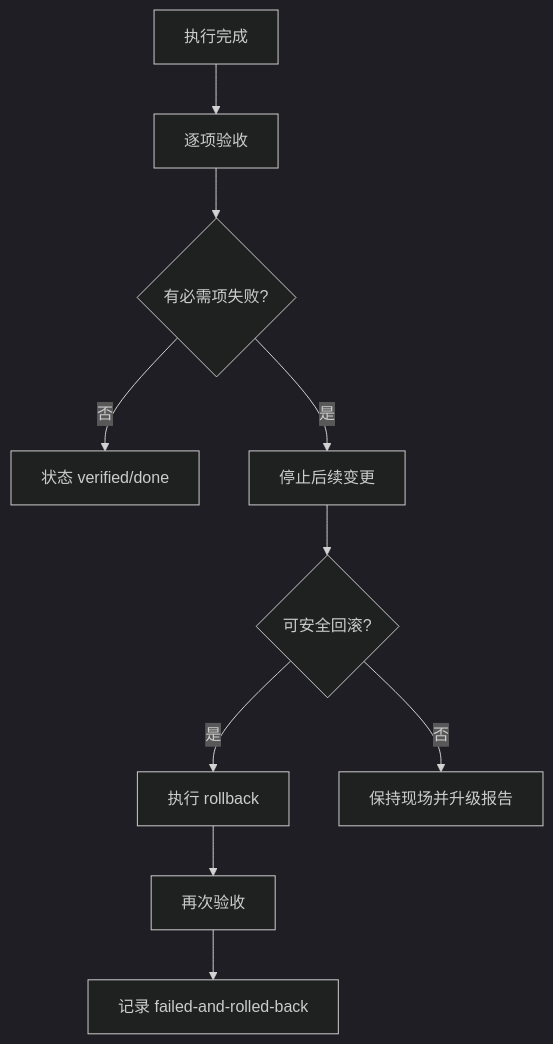
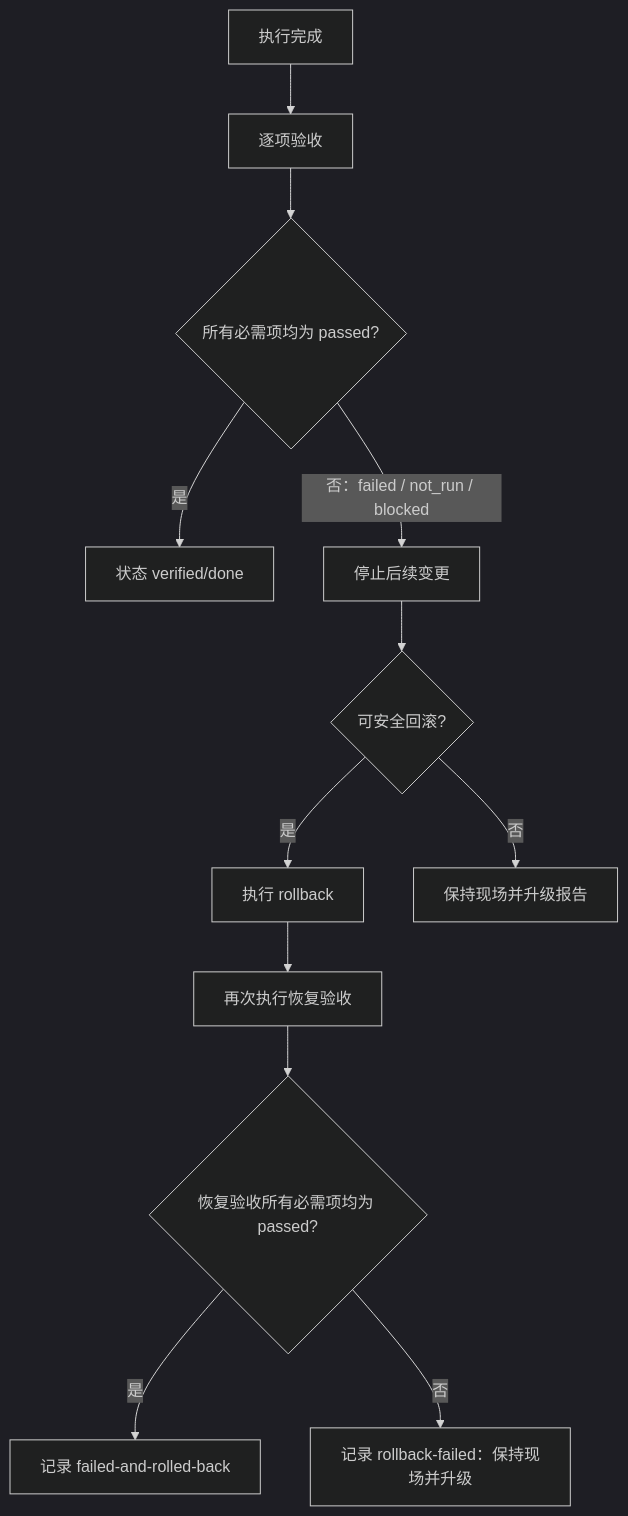
The diagram in references/acceptance.md (OnebugIS/dsh-grill-me-safety), drawn with Mermaid (dark theme) before and after one commit. The commit also changed other lines of this file and 2 other files, not shown here.

Commit message:
docs: align authorization and acceptance flow

````diff
--- a/references/acceptance.md
+++ b/references/acceptance.md
@@ -77,12 +77,14 @@
 ```mermaid
 flowchart TD
     A[执行完成] --> B[逐项验收]
-    B --> C{有必需项失败?}
-    C -->|否| D[状态 verified/done]
-    C -->|是| E[停止后续变更]
+    B --> C{所有必需项均为 passed?}
+    C -->|是| D[状态 verified/done]
+    C -->|否：failed / not_run / blocked| E[停止后续变更]
     E --> F{可安全回滚?}
     F -->|是| G[执行 rollback]
     F -->|否| H[保持现场并升级报告]
-    G --> I[再次验收]
-    I --> J[记录 failed-and-rolled-back]
+    G --> I[再次执行恢复验收]
+    I --> J{恢复验收所有必需项均为 passed?}
+    J -->|是| K[记录 failed-and-rolled-back]
+    J -->|否| L[记录 rollback-failed：保持现场并升级]
 ```
````
